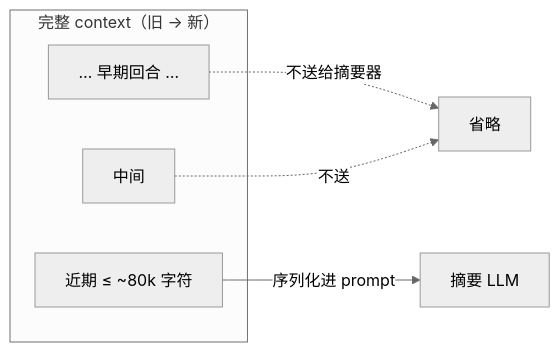
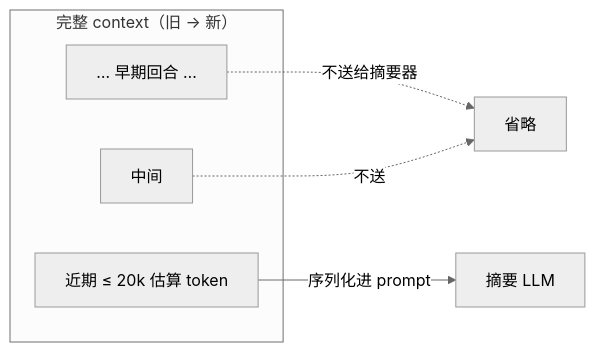
One commit to rust-infra/tact changed the eighth of 15 diagrams in book/05_chapter_compact_zh.md. Above: the diagram before and after it, drawn with Mermaid (neutral theme). The commit also changed other lines of this file and 5 other files, not shown here.

````diff
--- a/book/05_chapter_compact_zh.md
+++ b/book/05_chapter_compact_zh.md
@@ -259,11 +262,11 @@
 ```mermaid
 flowchart LR
     subgraph Context["完整 context（旧 → 新）"]
         Old[… 早期回合 …]
         Mid[中间]
-        New[近期 ≤ ~80k 字符]
+        New[近期 ≤ 20k 估算 token]
     end
     Old -.->|不送给摘要器| X[省略]
     Mid -.->|不送| X
     New -->|序列化进 prompt| SumLLM[摘要 LLM]
 ```
````
